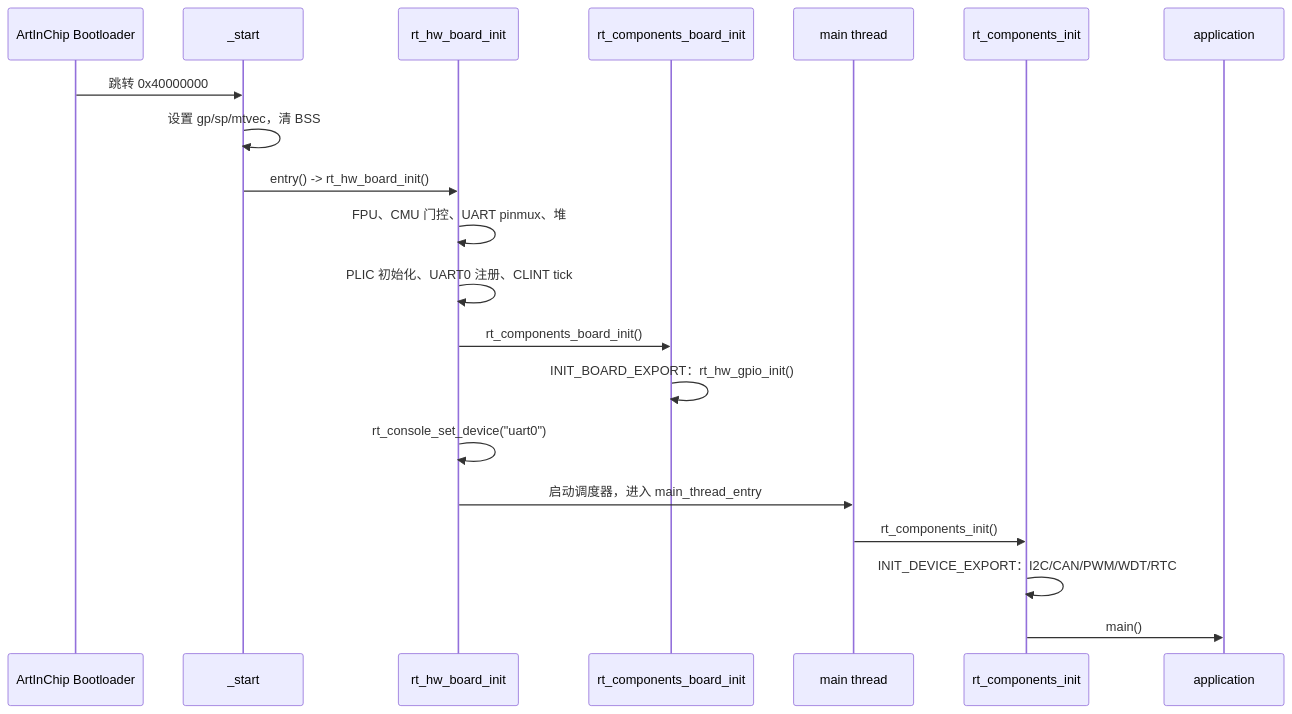
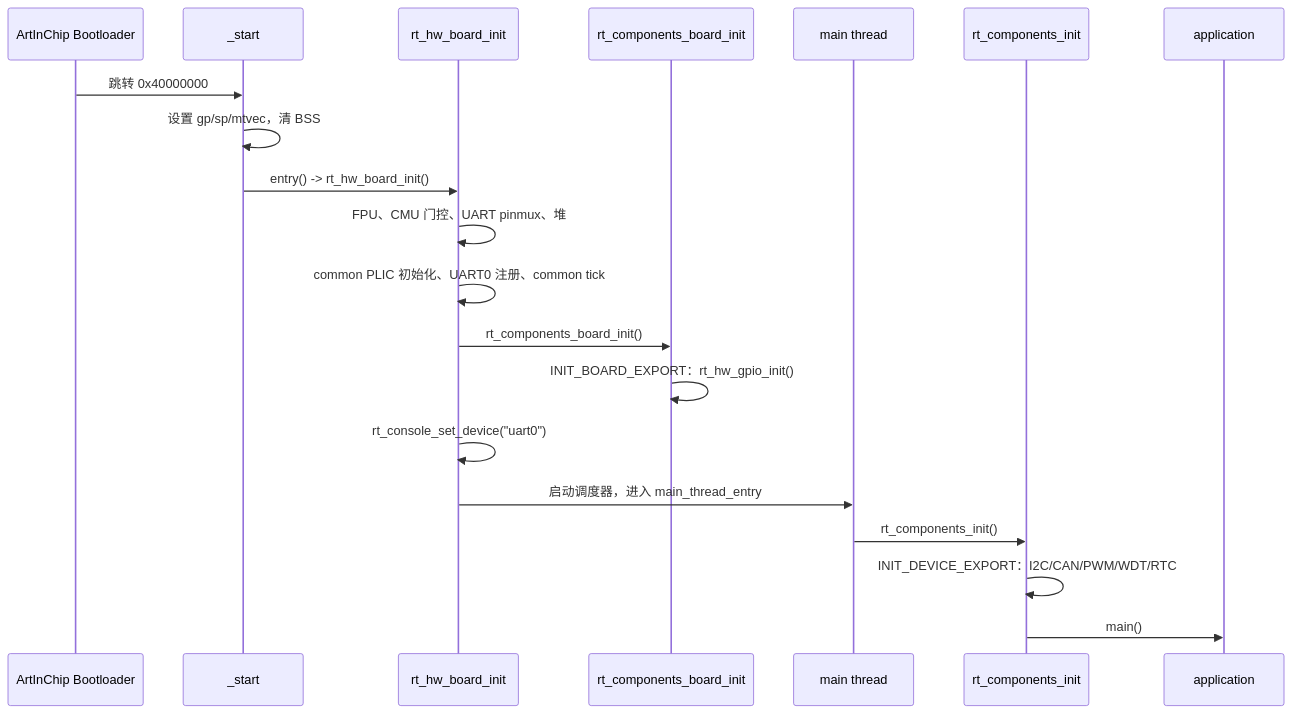
The second of 5 diagrams in bsp/artinchip/d213-demo128-nand/docs/02-architecture.md (boa-z/rt-thread), drawn with Mermaid before and after one commit. The commit also changed other lines of this file and 26 other files, not shown here.

````diff
--- a/bsp/artinchip/d213-demo128-nand/docs/02-architecture.md
+++ b/bsp/artinchip/d213-demo128-nand/docs/02-architecture.md
@@ -34,23 +34,23 @@
 ```mermaid
 sequenceDiagram
     participant BL as ArtInChip Bootloader
     participant S as _start
     participant B as rt_hw_board_init
     participant C as rt_components_board_init
     participant M as main thread
     participant I as rt_components_init
     participant A as application
 
     BL->>S: 跳转 0x40000000
     S->>S: 设置 gp/sp/mtvec，清 BSS
     S->>B: entry() -> rt_hw_board_init()
     B->>B: FPU、CMU 门控、UART pinmux、堆
-    B->>B: PLIC 初始化、UART0 注册、CLINT tick
+    B->>B: common PLIC 初始化、UART0 注册、common tick
     B->>C: rt_components_board_init()
     C->>C: INIT_BOARD_EXPORT：rt_hw_gpio_init()
     B->>B: rt_console_set_device("uart0")
     B->>M: 启动调度器，进入 main_thread_entry
     M->>I: rt_components_init()
     I->>I: INIT_DEVICE_EXPORT：I2C/CAN/PWM/WDT/RTC
     I->>A: main()
 ```
````
